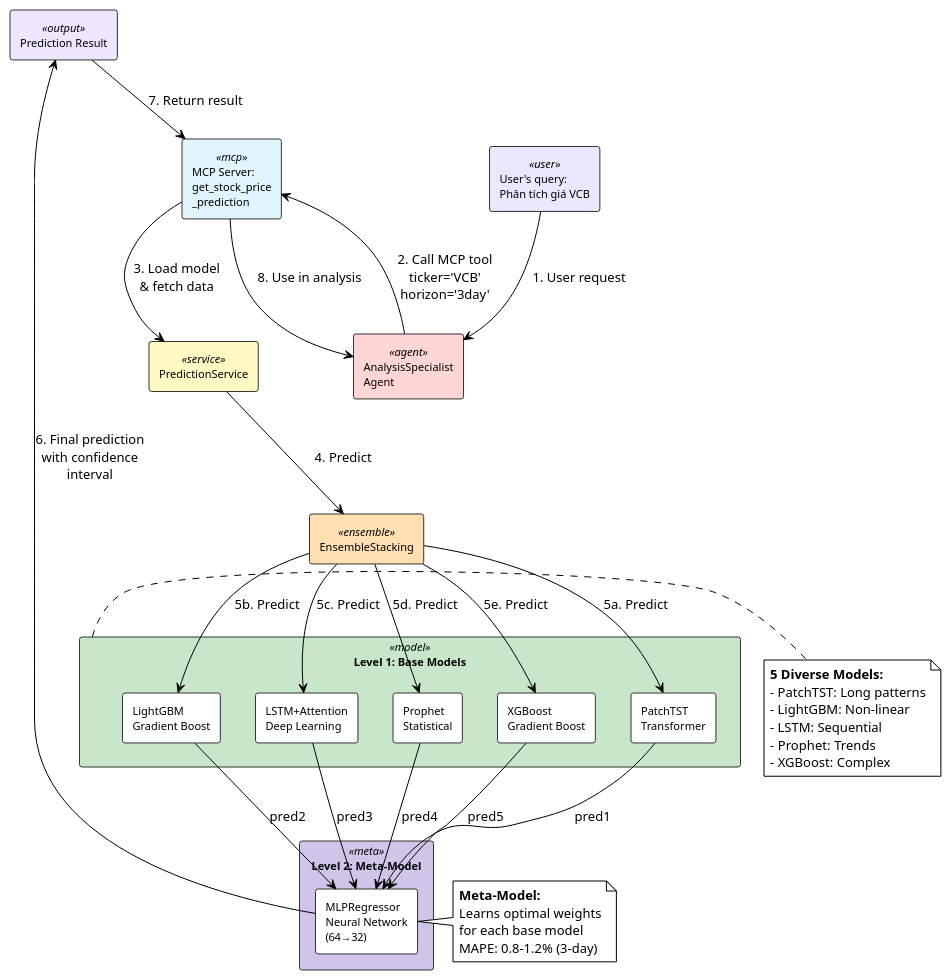
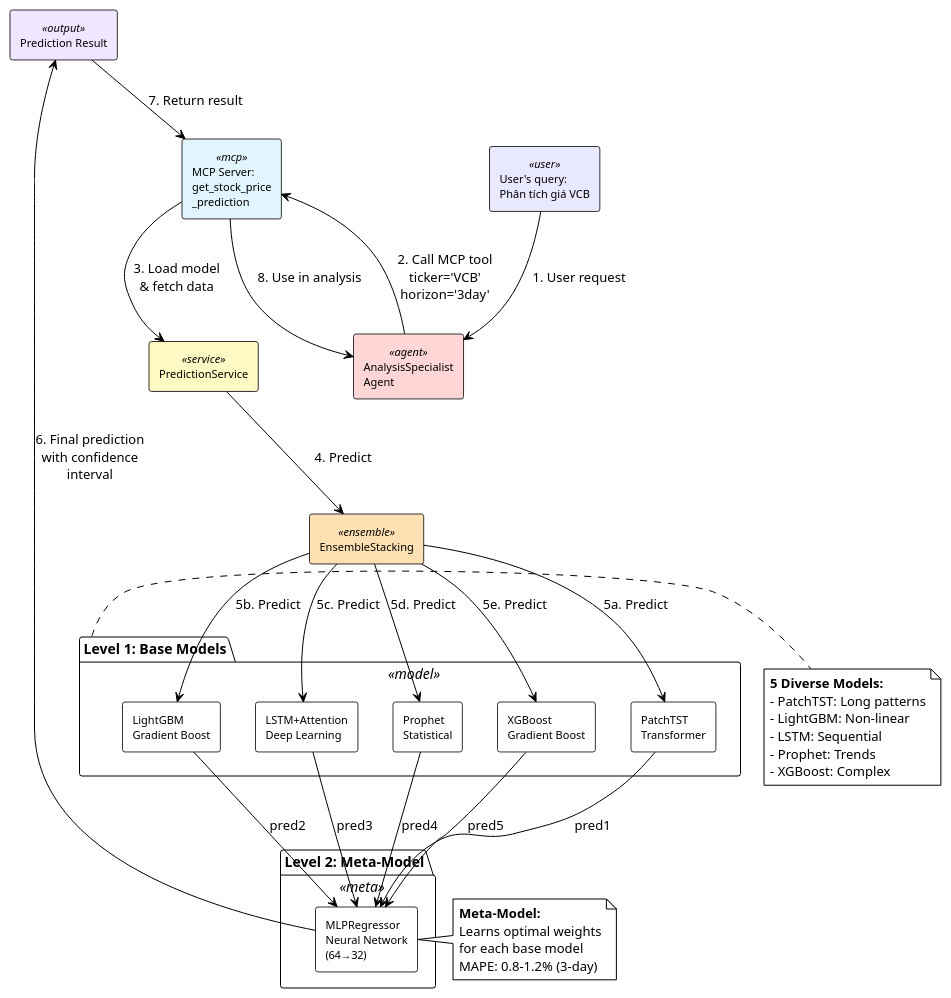
The diagram in diagrams/agent_diagrams/ensemble_prediction_detail.puml (GiangNV-HUST/DATN), drawn with PlantUML before and after one commit. The commit also changed 22 other files, not shown here.

First line of the commit message:
fix: Fix PlantUML nested rectangle syntax errors

```diff
--- a/diagrams/agent_diagrams/ensemble_prediction_detail.puml
+++ b/diagrams/agent_diagrams/ensemble_prediction_detail.puml
@@ -2,77 +2,77 @@
 @startuml ensemble_prediction_detail
 !theme plain
 skinparam backgroundColor #FFFFFF
 skinparam shadowing false
 skinparam defaultFontName "Times New Roman"
 
 skinparam rectangle {
     BackgroundColor<<user>> #E8E8FF
     BackgroundColor<<agent>> #FFD6D6
     BackgroundColor<<mcp>> #E1F5FE
     BackgroundColor<<service>> #FFF9C4
     BackgroundColor<<ensemble>> #FFE0B2
     BackgroundColor<<model>> #C8E6C9
     BackgroundColor<<meta>> #D1C4E9
     BackgroundColor<<output>> #F0E6FF
     BorderColor #333333
     FontSize 11
 }
 
 rectangle "User's query:\nPhân tích giá VCB" as query <<user>>
 rectangle "AnalysisSpecialist\nAgent" as agent <<agent>>
 rectangle "MCP Server:\nget_stock_price\n_prediction" as mcp <<mcp>>
 rectangle "PredictionService" as service <<service>>
 rectangle "EnsembleStacking" as ensemble <<ensemble>>
 
-rectangle "Level 1: Base Models" as level1 <<model>> {
+package "Level 1: Base Models" as level1 <<model>> {
     rectangle "PatchTST\nTransformer" as patchtst
     rectangle "LightGBM\nGradient Boost" as lgb
     rectangle "LSTM+Attention\nDeep Learning" as lstm
     rectangle "Prophet\nStatistical" as prophet
     rectangle "XGBoost\nGradient Boost" as xgb
 }
 
-rectangle "Level 2: Meta-Model" as level2 <<meta>> {
+package "Level 2: Meta-Model" as level2 <<meta>> {
     rectangle "MLPRegressor\nNeural Network\n(64→32)" as meta
 }
 
 rectangle "Prediction Result" as output <<output>>
 
 query --> agent : "1. User request"
 agent --> mcp : "2. Call MCP tool\nticker='VCB'\nhorizon='3day'"
 mcp --> service : "3. Load model\n& fetch data"
 service --> ensemble : "4. Predict"
 
 ensemble --> patchtst : "5a. Predict"
 ensemble --> lgb : "5b. Predict"
 ensemble --> lstm : "5c. Predict"
 ensemble --> prophet : "5d. Predict"
 ensemble --> xgb : "5e. Predict"
 
 patchtst --> meta : "pred1"
 lgb --> meta : "pred2"
 lstm --> meta : "pred3"
 prophet --> meta : "pred4"
 xgb --> meta : "pred5"
 
 meta --> output : "6. Final prediction\nwith confidence\ninterval"
 output --> mcp : "7. Return result"
 mcp --> agent : "8. Use in analysis"
 
 note right of level1
   **5 Diverse Models:**
   - PatchTST: Long patterns
   - LightGBM: Non-linear
   - LSTM: Sequential
   - Prophet: Trends
   - XGBoost: Complex
 end note
 
 note right of meta
   **Meta-Model:**
   Learns optimal weights
   for each base model
   MAPE: 0.8-1.2% (3-day)
 end note
 
 @enduml
```
